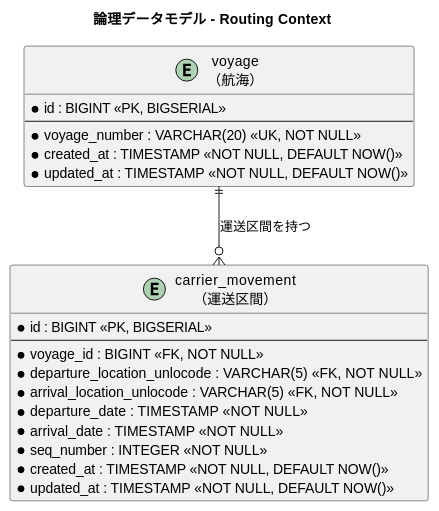
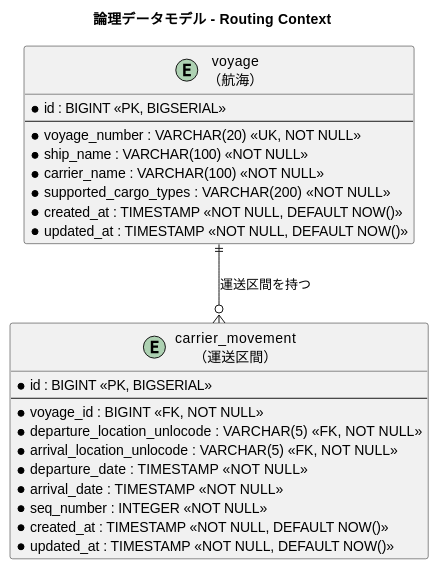
Before and after one commit to k2works/case-study-cargo-tracker: the fourth of 9 diagrams in docs/design/data-model.md, drawn with PlantUML. The commit also changed other lines of this file and 7 other files, not shown here.

````diff
--- a/docs/design/data-model.md
+++ b/docs/design/data-model.md
@@ -376,29 +376,32 @@
 ```plantuml
 @startuml
 title 論理データモデル - Routing Context
 
 entity "voyage\n（航海）" as voyage {
   * id : BIGINT <<PK, BIGSERIAL>>
   --
   * voyage_number : VARCHAR(20) <<UK, NOT NULL>>
+  * ship_name : VARCHAR(100) <<NOT NULL>>
+  * carrier_name : VARCHAR(100) <<NOT NULL>>
+  * supported_cargo_types : VARCHAR(200) <<NOT NULL>>
   * created_at : TIMESTAMP <<NOT NULL, DEFAULT NOW()>>
   * updated_at : TIMESTAMP <<NOT NULL, DEFAULT NOW()>>
 }
 
 entity "carrier_movement\n（運送区間）" as carrier_movement {
   * id : BIGINT <<PK, BIGSERIAL>>
   --
   * voyage_id : BIGINT <<FK, NOT NULL>>
   * departure_location_unlocode : VARCHAR(5) <<FK, NOT NULL>>
   * arrival_location_unlocode : VARCHAR(5) <<FK, NOT NULL>>
   * departure_date : TIMESTAMP <<NOT NULL>>
   * arrival_date : TIMESTAMP <<NOT NULL>>
   * seq_number : INTEGER <<NOT NULL>>
   * created_at : TIMESTAMP <<NOT NULL, DEFAULT NOW()>>
   * updated_at : TIMESTAMP <<NOT NULL, DEFAULT NOW()>>
 }
 
 voyage ||--o{ carrier_movement : "運送区間を持つ"
 
 @enduml
 ```
````
